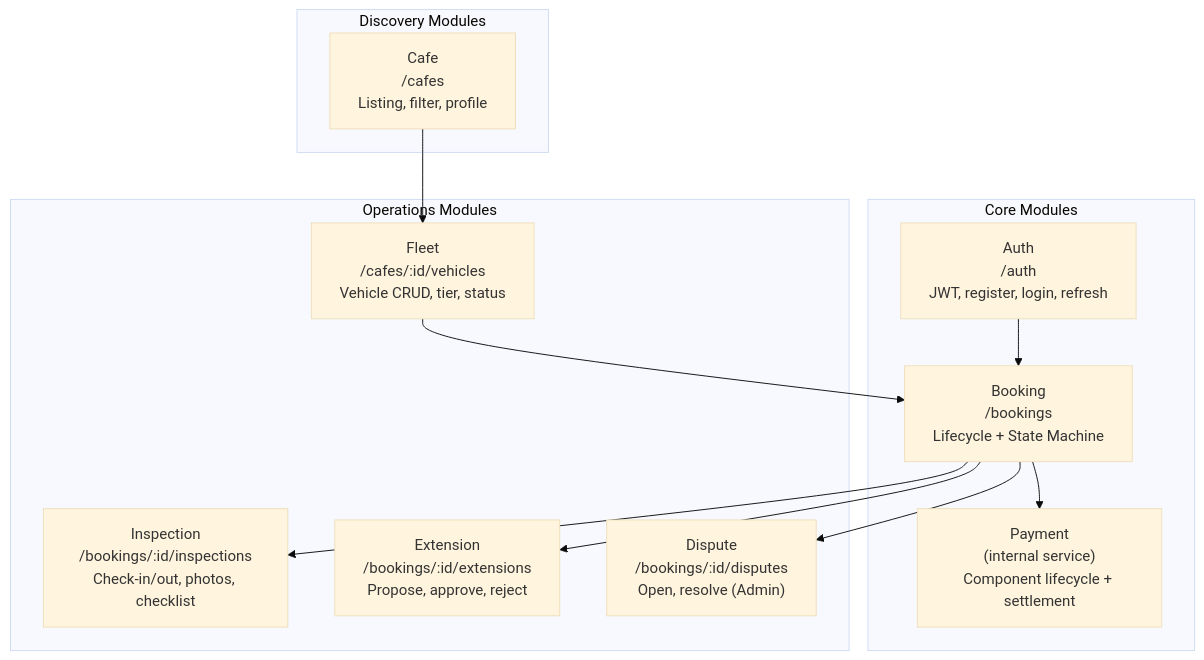
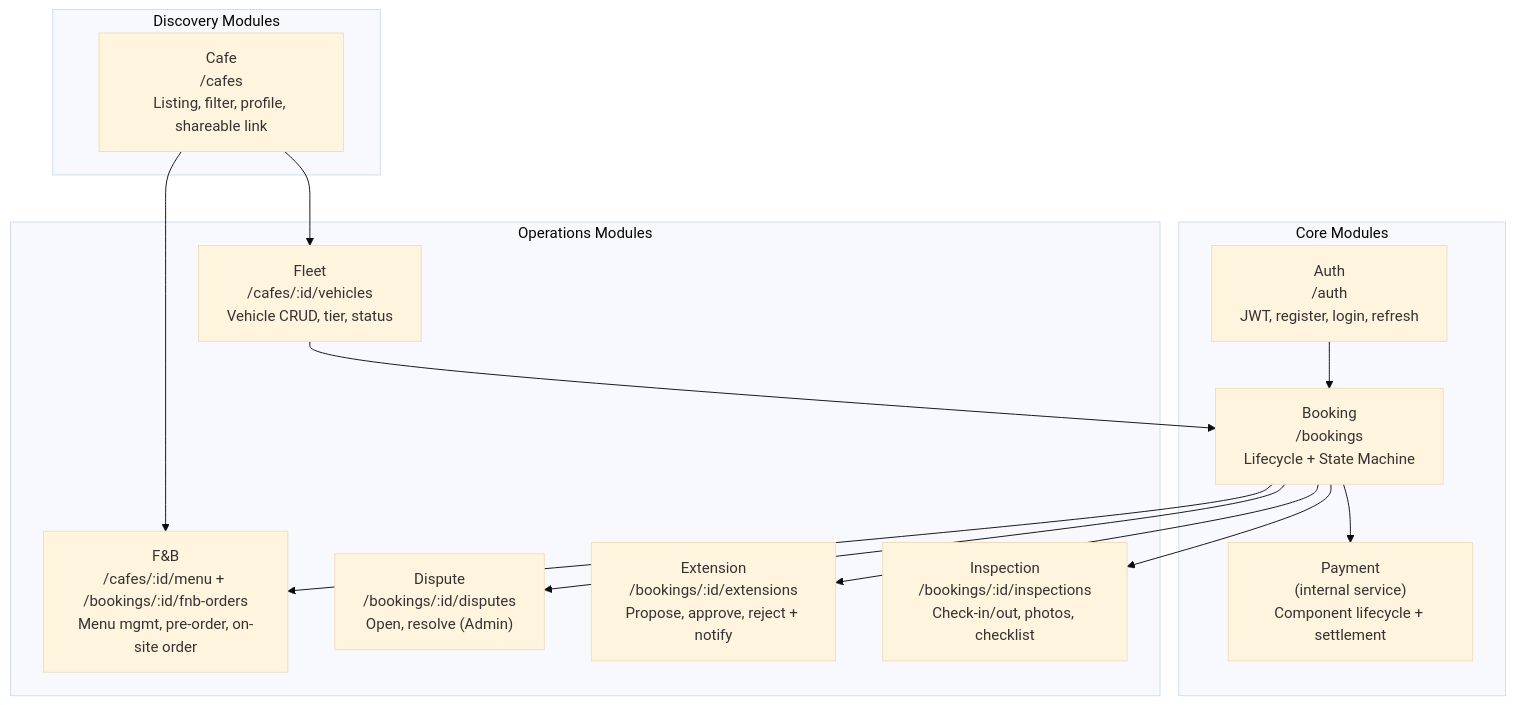
Before and after one commit to RCField-SEP490/rcfield-spec: the third of 4 diagrams in docs/architecture/00-system-overview.md, drawn with Mermaid (base theme). The commit also changed other lines of this file and 3 other files, not shown here.

````diff
--- a/docs/architecture/00-system-overview.md
+++ b/docs/architecture/00-system-overview.md
@@ -90,27 +88,30 @@
 ```mermaid
 graph TD
     subgraph Core["Core Modules"]
         AUTH["Auth\n/auth\nJWT, register, login, refresh"]
         BOOKING["Booking\n/bookings\nLifecycle + State Machine"]
         PAYMENT["Payment\n(internal service)\nComponent lifecycle + settlement"]
     end
 
     subgraph Operations["Operations Modules"]
         FLEET["Fleet\n/cafes/:id/vehicles\nVehicle CRUD, tier, status"]
         INSPECTION["Inspection\n/bookings/:id/inspections\nCheck-in/out, photos, checklist"]
-        EXTENSION["Extension\n/bookings/:id/extensions\nPropose, approve, reject"]
+        EXTENSION["Extension\n/bookings/:id/extensions\nPropose, approve, reject + notify"]
         DISPUTE["Dispute\n/bookings/:id/disputes\nOpen, resolve (Admin)"]
+        FNB["F&B\n/cafes/:id/menu + /bookings/:id/fnb-orders\nMenu mgmt, pre-order, on-site order"]
     end
 
     subgraph Discovery["Discovery Modules"]
-        CAFE["Cafe\n/cafes\nListing, filter, profile"]
+        CAFE["Cafe\n/cafes\nListing, filter, profile, shareable link"]
     end
 
     AUTH --> BOOKING
     BOOKING --> PAYMENT
     BOOKING --> INSPECTION
     BOOKING --> EXTENSION
     BOOKING --> DISPUTE
+    BOOKING --> FNB
     CAFE --> FLEET
+    CAFE --> FNB
     FLEET --> BOOKING
 ```
````
